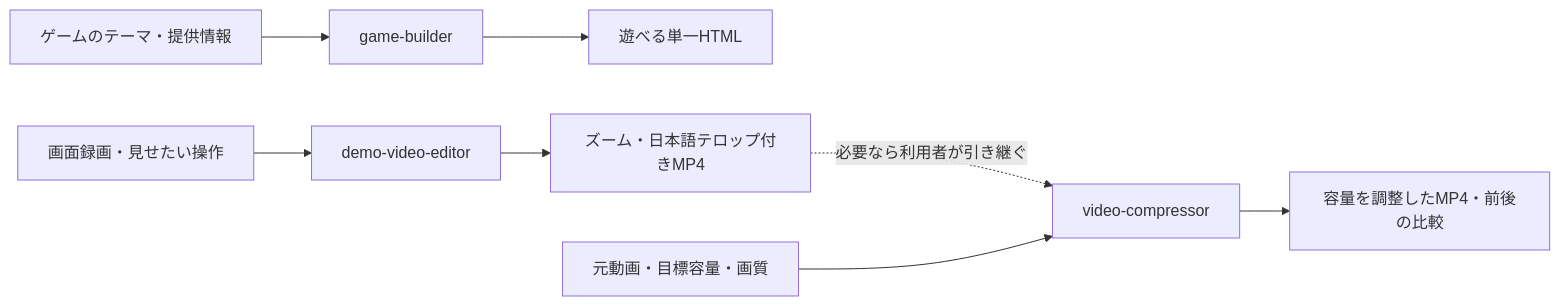
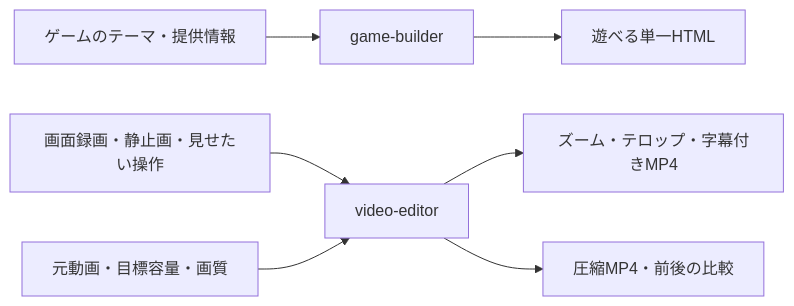
One commit to geekfujiwara/copilot-cowork-skills changed the sixth of 6 diagrams in README.md. Above: the diagram before and after it, drawn with Mermaid. The commit also changed other lines of this file and 32 other files, not shown here.

First line of the commit message:
Unify video editing and compression as video-editor (#18)

````diff
--- a/README.md
+++ b/README.md
@@ -199,10 +199,9 @@
 ```mermaid
 flowchart LR
 	THEME["ゲームのテーマ・提供情報"] --> GB["game-builder"]
 	GB --> GAME["遊べる単一HTML"]
-	RECORDING["画面録画・見せたい操作"] --> DVE["demo-video-editor"]
-	DVE --> EDITED["ズーム・日本語テロップ付きMP4"]
-	EDITED -.->|必要なら利用者が引き継ぐ| VC["video-compressor"]
-	VIDEO["元動画・目標容量・画質"] --> VC
-	VC --> SMALL["容量を調整したMP4・前後の比較"]
+	RECORDING["画面録画・静止画・見せたい操作"] --> VE["video-editor"]
+	VIDEO["元動画・目標容量・画質"] --> VE
+	VE --> EDITED["ズーム・テロップ・字幕付きMP4"]
+	VE --> SMALL["圧縮MP4・前後の比較"]
 ```
````
